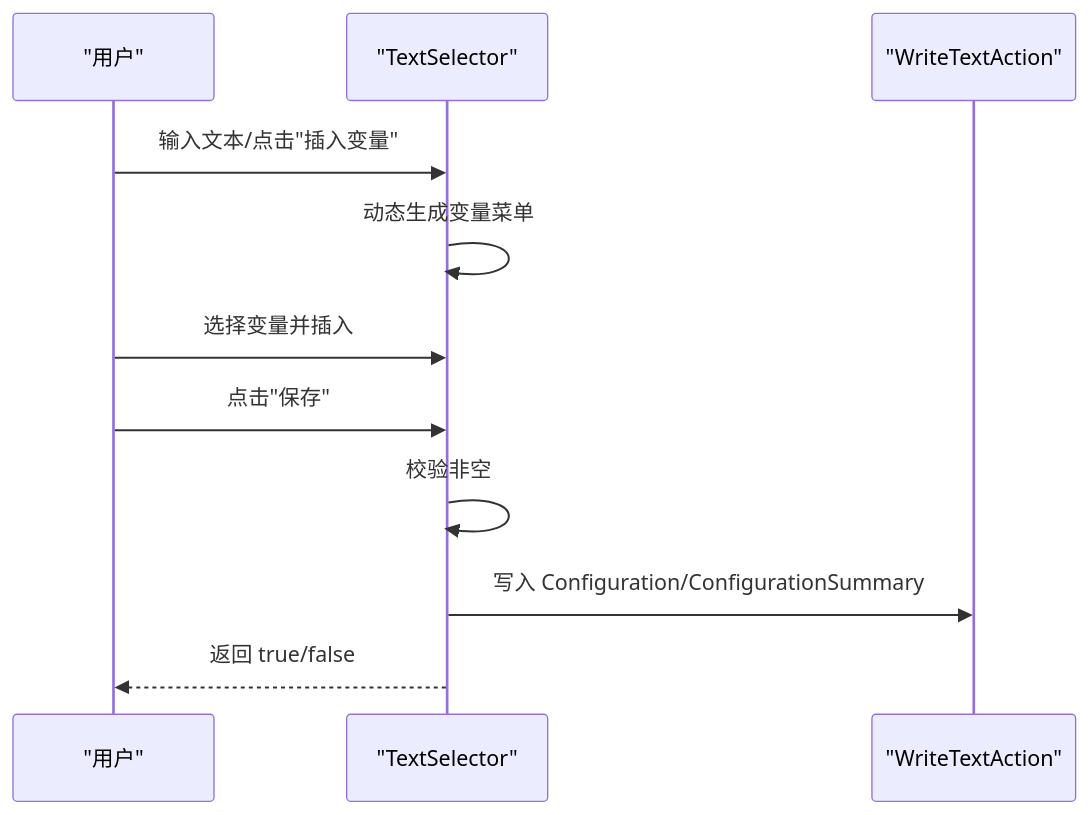
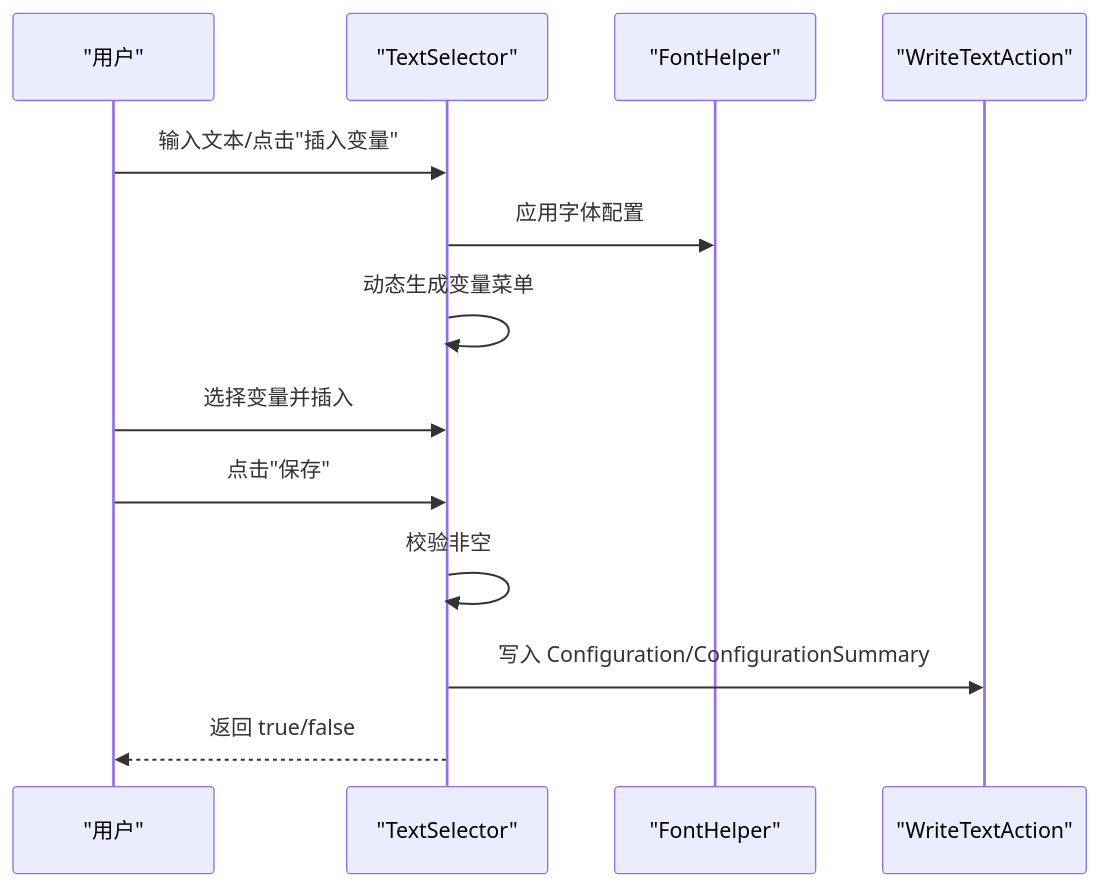
The ninth of 18 diagrams in .qoder/repowiki/zh/content/开发者指南/GUI组件开发/GUI组件开发.md (tea4go/Macro-Deck-Windows-Utils-Plugin), drawn with Mermaid before and after one commit. The commit also changed other lines of this file and 13 other files, not shown here.

````diff
--- a/.qoder/repowiki/zh/content/开发者指南/GUI组件开发/GUI组件开发.md
+++ b/.qoder/repowiki/zh/content/开发者指南/GUI组件开发/GUI组件开发.md
@@ -224,13 +317,15 @@
 ```mermaid
 sequenceDiagram
 participant U as "用户"
 participant TS as "TextSelector"
+participant F as "FontHelper"
 participant A as "WriteTextAction"
 U->>TS : 输入文本/点击"插入变量"
+TS->>F : 应用字体配置
 TS->>TS : 动态生成变量菜单
 U->>TS : 选择变量并插入
 U->>TS : 点击"保存"
 TS->>TS : 校验非空
 TS->>A : 写入 Configuration/ConfigurationSummary
 TS-->>U : 返回 true/false
 ```
````
